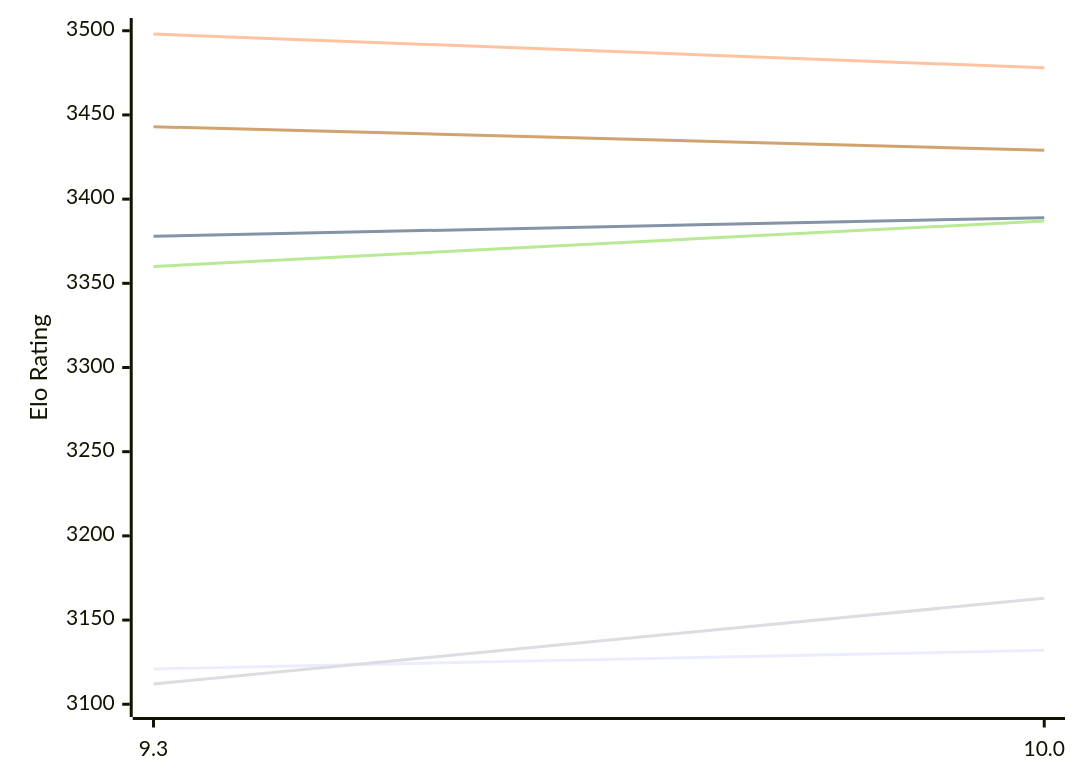
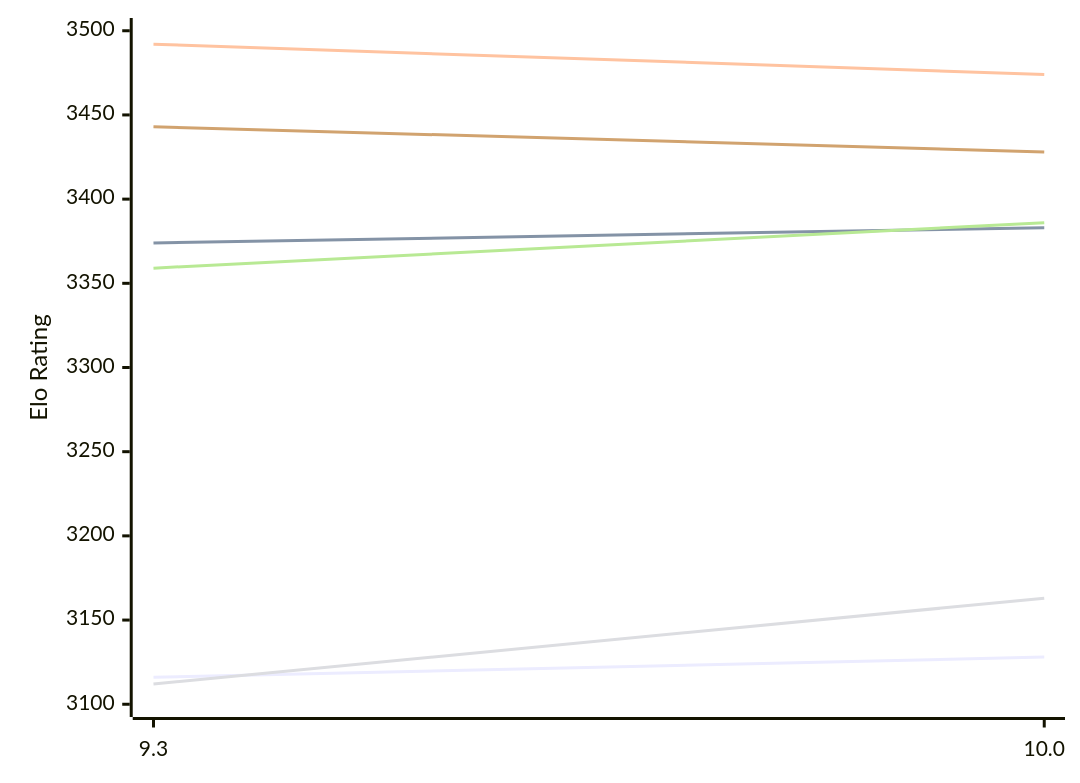
The first of 2 diagrams in engines/Fire.md (computer-chess-index/cci), drawn with Mermaid before and after one commit. The commit also changed other lines of this file, not shown here.

Commit message:
Update CCI Ratings (ELO VLTC) - 2026-11-26

````diff
--- a/engines/Fire.md
+++ b/engines/Fire.md
@@ -50,12 +50,12 @@
 ```mermaid
 %%{init: {"theme":"base","themeVariables":{"seriesColors:['#a3a3a3','#222221','#faa371']}}}%%
 xychart-beta
   x-axis ["9.3", "10.0"]
   y-axis "Elo Rating" 3100 --> 3500
-  line "E1: STC (8.0+0.08s)" [3121, 3132]
-  line "E1: LTC (60.0+0.60s)" [3378, 3389]
-  line "E1: VLTC (2m24s+1.12s)" [3498, 3478]
+  line "E1: STC (8.0+0.08s)" [3116, 3128]
+  line "E1: LTC (60.0+0.60s)" [3374, 3383]
+  line "E1: VLTC (2m24s+1.12s)" [3492, 3474]
   line "P1: STC (8.0+0.08s)" [3112, 3163]
-  line "P1: LTC (60.0+0.60s)" [3360, 3387]
-  line "P1: VLTC (2m24s+1.12s)" [3443, 3429]
+  line "P1: LTC (60.0+0.60s)" [3359, 3386]
+  line "P1: VLTC (2m24s+1.12s)" [3443, 3428]
 ```
````
